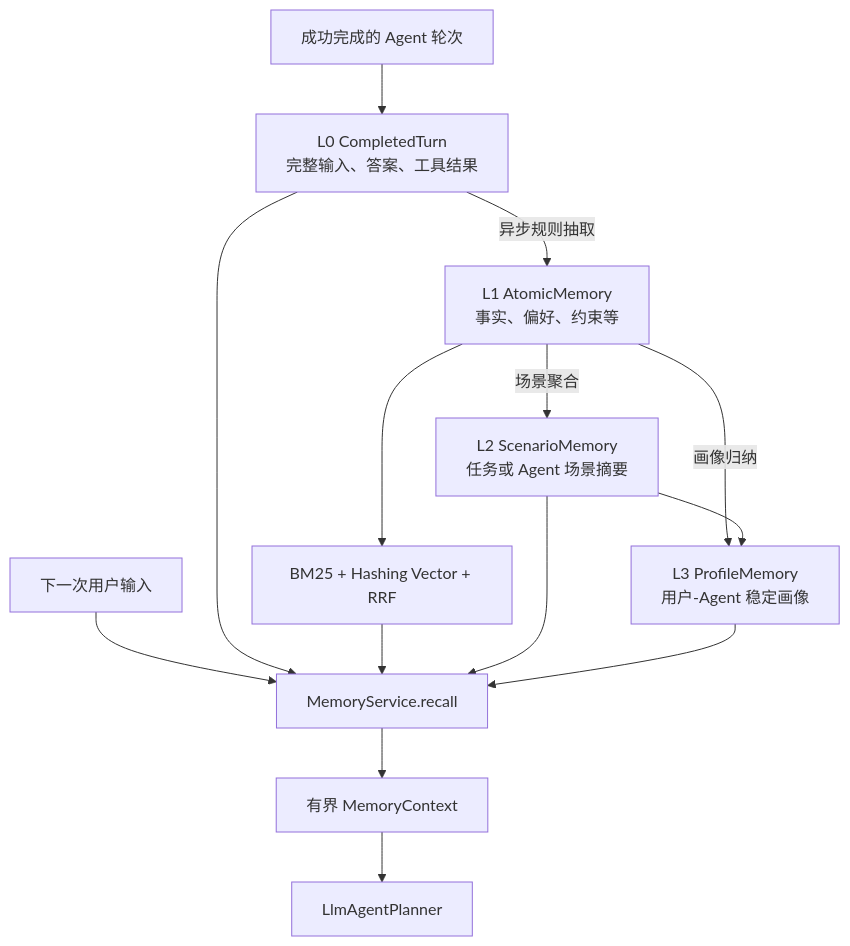
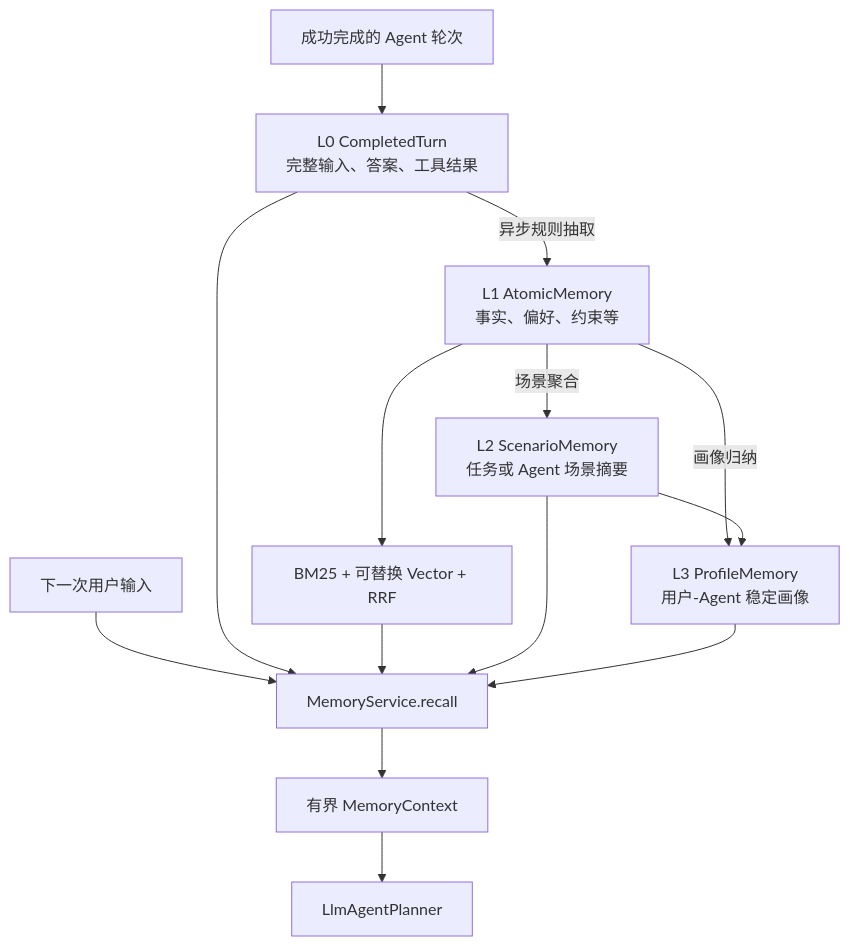
One commit to JavaBoy-Zeng/agent-platform changed the fifth of 5 diagrams in docs/ARCHITECTURE.md. Above: the diagram before and after it, drawn with Mermaid. The commit also changed other lines of this file and 48 other files, not shown here.

````diff
--- a/docs/ARCHITECTURE.md
+++ b/docs/ARCHITECTURE.md
@@ -297,17 +297,17 @@
 ```mermaid
 flowchart TD
     turn[成功完成的 Agent 轮次] --> l0[L0 CompletedTurn<br/>完整输入、答案、工具结果]
     l0 -->|异步规则抽取| l1[L1 AtomicMemory<br/>事实、偏好、约束等]
     l1 -->|场景聚合| l2[L2 ScenarioMemory<br/>任务或 Agent 场景摘要]
     l1 -->|画像归纳| l3[L3 ProfileMemory<br/>用户-Agent 稳定画像]
     l2 --> l3
 
     query[下一次用户输入] --> recall[MemoryService.recall]
     l0 --> recall
-    l1 --> hybrid[BM25 + Hashing Vector + RRF]
+    l1 --> hybrid[BM25 + 可替换 Vector + RRF]
     hybrid --> recall
     l2 --> recall
     l3 --> recall
     recall --> context[有界 MemoryContext]
     context --> planner[LlmAgentPlanner]
 ```
````
